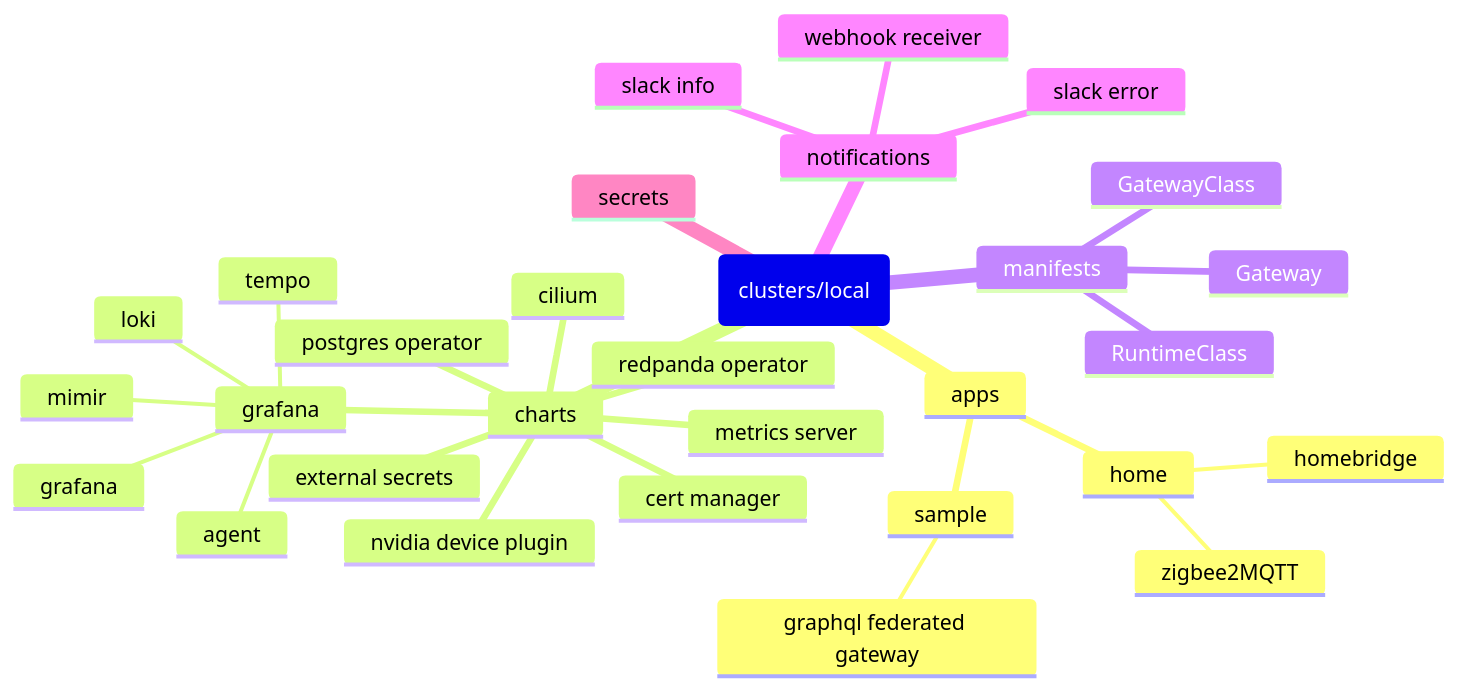
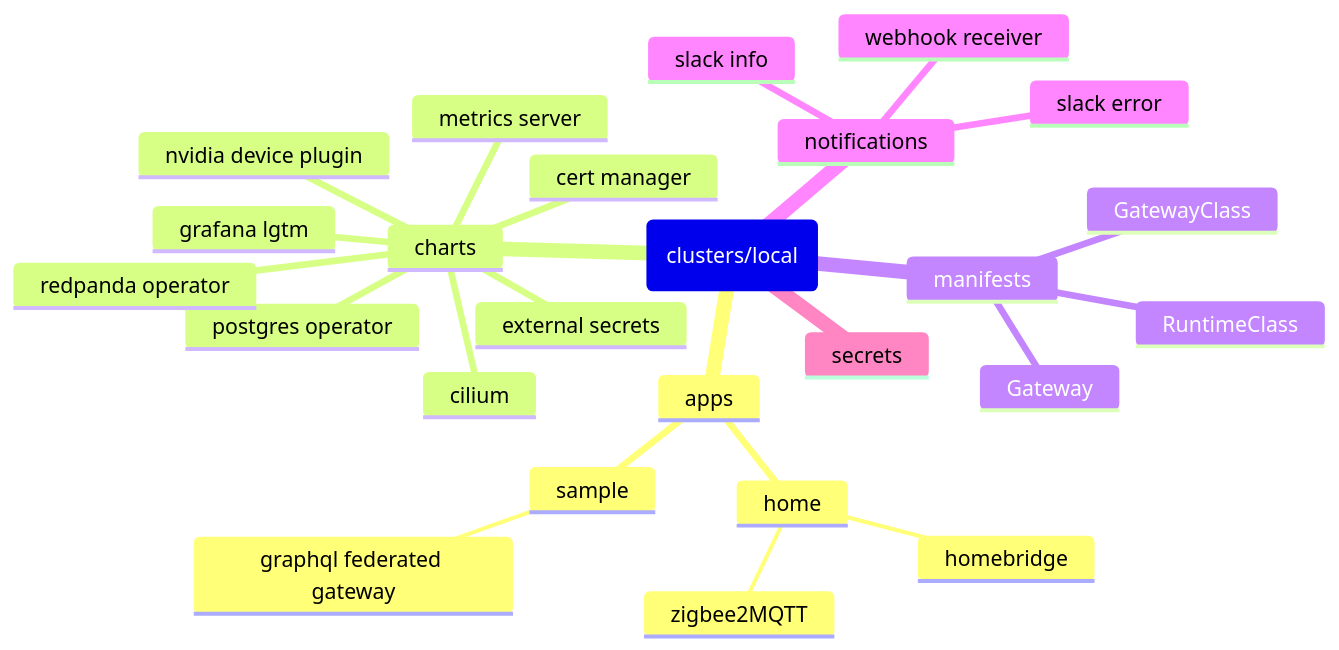
The diagram in README.md (dudo/turing-pi), drawn with Mermaid before and after one commit.

````diff
--- a/README.md
+++ b/README.md
@@ -13,33 +13,28 @@
 ```mermaid
 mindmap
   root(clusters/local)
     apps
       home
         homebridge
         zigbee2MQTT
       sample
         graphql federated gateway
     charts
       cert manager
       cilium
       external secrets
-      grafana
-        agent
-        grafana
-        loki
-        mimir
-        tempo
+      grafana lgtm
       metrics server
       nvidia device plugin
       postgres operator
       redpanda operator
     manifests
       GatewayClass
       Gateway
       RuntimeClass
     notifications
       slack error
       slack info
       webhook receiver
     secrets
 ```
````
